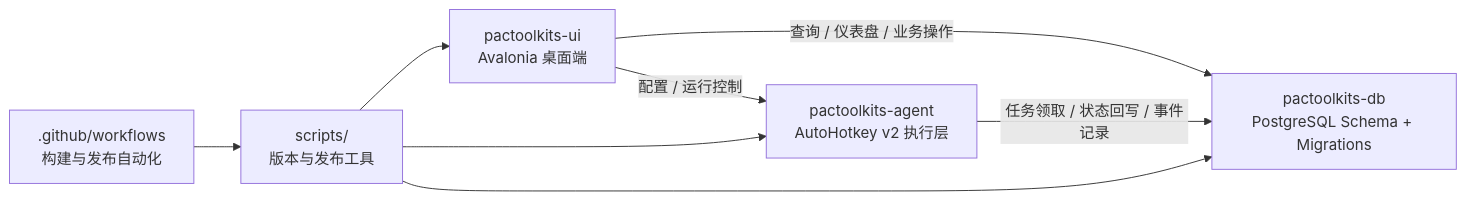
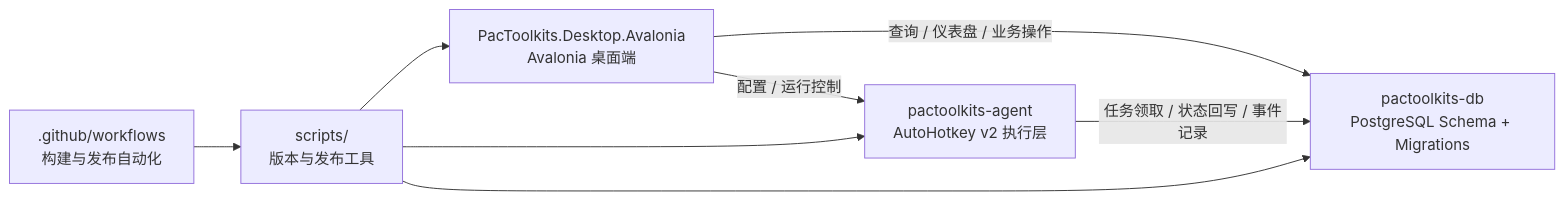
One commit to pacmandoh/pactoolkits changed the diagram in README.zh-CN.md. Above: the diagram before and after it, drawn with Mermaid. The commit also changed other lines of this file and 376 other files, not shown here.

````diff
--- a/README.zh-CN.md
+++ b/README.zh-CN.md
@@ -112,16 +112,16 @@
 ```mermaid
 flowchart LR
-    UI["pactoolkits-ui\nAvalonia 桌面端"]
+    UI["PacToolkits.Desktop.Avalonia\nAvalonia 桌面端"]
     AGENT["pactoolkits-agent\nAutoHotkey v2 执行层"]
     DB["pactoolkits-db\nPostgreSQL Schema + Migrations"]
     SCRIPTS["scripts/\n版本与发布工具"]
     CI[".github/workflows\n构建与发布自动化"]
 
     UI -->|配置 / 运行控制| AGENT
     UI -->|查询 / 仪表盘 / 业务操作| DB
     AGENT -->|任务领取 / 状态回写 / 事件记录| DB
     SCRIPTS --> UI
     SCRIPTS --> AGENT
     SCRIPTS --> DB
     CI --> SCRIPTS
 ```
````
